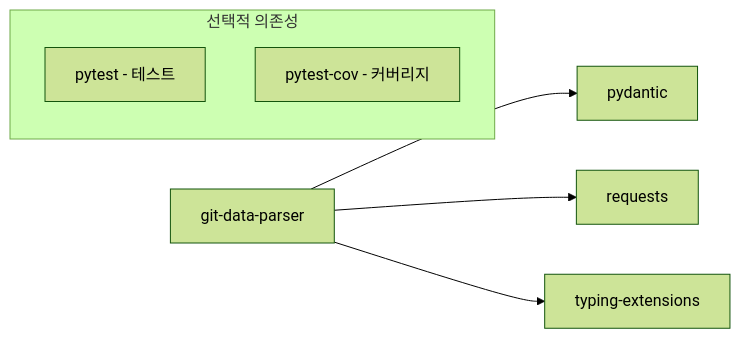
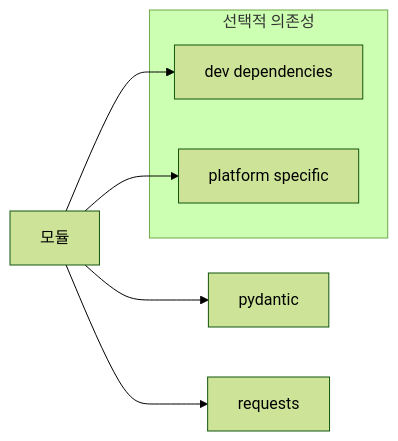
One commit to yeonjae-work/universal-modules changed the second of 4 diagrams in packages/yeonjae-universal-git-data-parser/docs/technical-specification.md. Above: the diagram before and after it, drawn with Mermaid (forest theme). The commit also changed other lines of this file and 11 other files, not shown here.

````diff
--- a/packages/yeonjae-universal-git-data-parser/docs/technical-specification.md
+++ b/packages/yeonjae-universal-git-data-parser/docs/technical-specification.md
@@ -56,11 +50,12 @@
 ```mermaid
 graph LR
-    A[git-data-parser] --> B[pydantic]
-    A --> C[requests]
-    A --> D[typing-extensions]
+    A[모듈] --> B[pydantic]
+    A --> E[pydantic]
+    A --> F[typing-extensions]
+    A --> G[requests]
     
     subgraph "선택적 의존성"
-        E[pytest - 테스트]
-        F[pytest-cov - 커버리지]
+        E[dev dependencies]
+        F[platform specific]
     end
 ```
````
